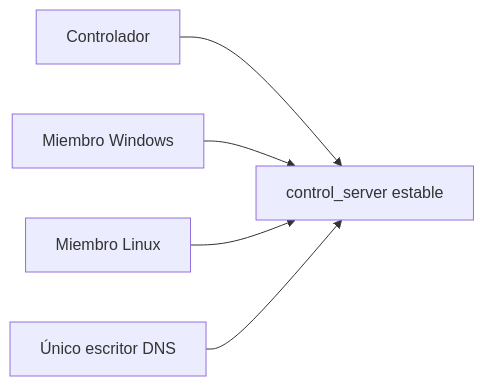
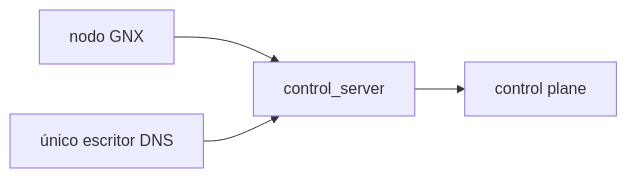
Before and after one commit to mayas-alas/quetzalcoatl: the diagram in docs/decisions/0002-mesh-identity-and-endpoint.md, drawn with Mermaid. The commit also changed other lines of this file and 8 other files, not shown here.

Commit message:
docs: focus the GNX mesh architecture

````diff
--- a/docs/decisions/0002-mesh-identity-and-endpoint.md
+++ b/docs/decisions/0002-mesh-identity-and-endpoint.md
@@ -17,7 +13,6 @@
 ```mermaid
 flowchart LR
-    C["Controlador"] --> E["control_server estable"]
-    W["Miembro Windows"] --> E
-    L["Miembro Linux"] --> E
-    U["Único escritor DNS"] --> E
+    N["nodo GNX"] --> E["control_server"]
+    D["único escritor DNS"] --> E
+    E --> C["control plane"]
 ```
````
